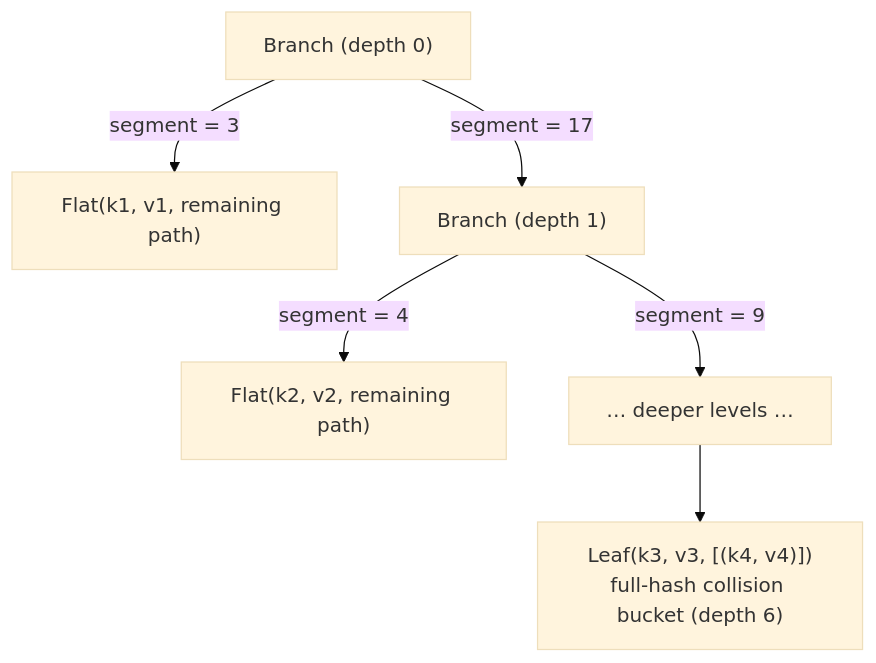
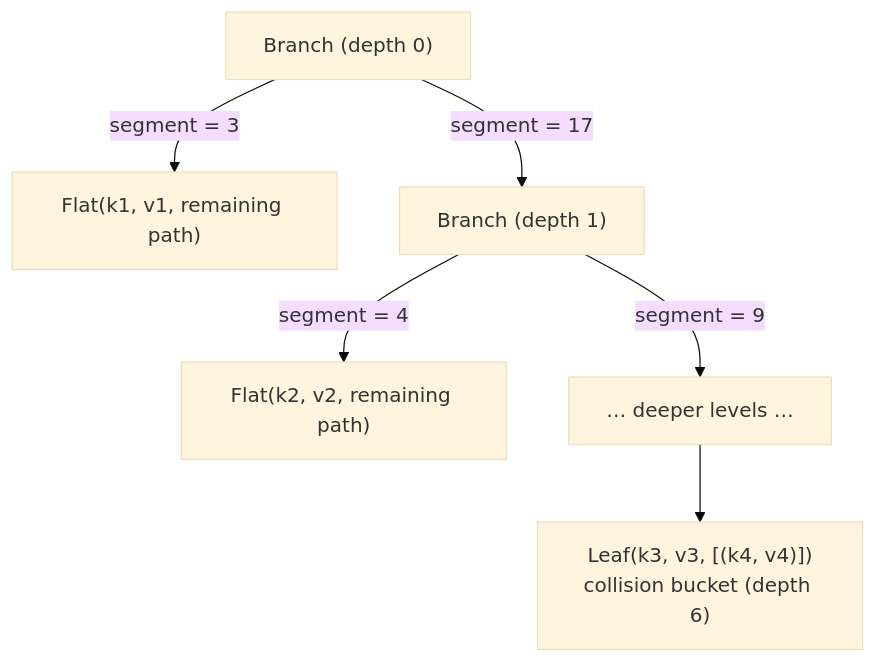
Before and after one commit to moonbitlang/core: the first of 2 diagrams in immut/hashmap/README.mbt.md, drawn with Mermaid (base theme). The commit also changed other lines of this file and 1 other file, not shown here.

````diff
--- a/immut/hashmap/README.mbt.md
+++ b/immut/hashmap/README.mbt.md
@@ -170,9 +170,9 @@
 ```mermaid
 graph TD
     B0["Branch (depth 0)"]
     B0 -->|"segment = 3"| F1["Flat(k1, v1, remaining path)"]
     B0 -->|"segment = 17"| B1["Branch (depth 1)"]
     B1 -->|"segment = 4"| F2["Flat(k2, v2, remaining path)"]
     B1 -->|"segment = 9"| DOT["… deeper levels …"]
-    DOT --> L["Leaf(k3, v3, [(k4, v4)])<br/>full-hash collision bucket (depth 6)"]
+    DOT --> L["Leaf(k3, v3, [(k4, v4)])<br/>collision bucket (depth 6)"]
 ```
````
